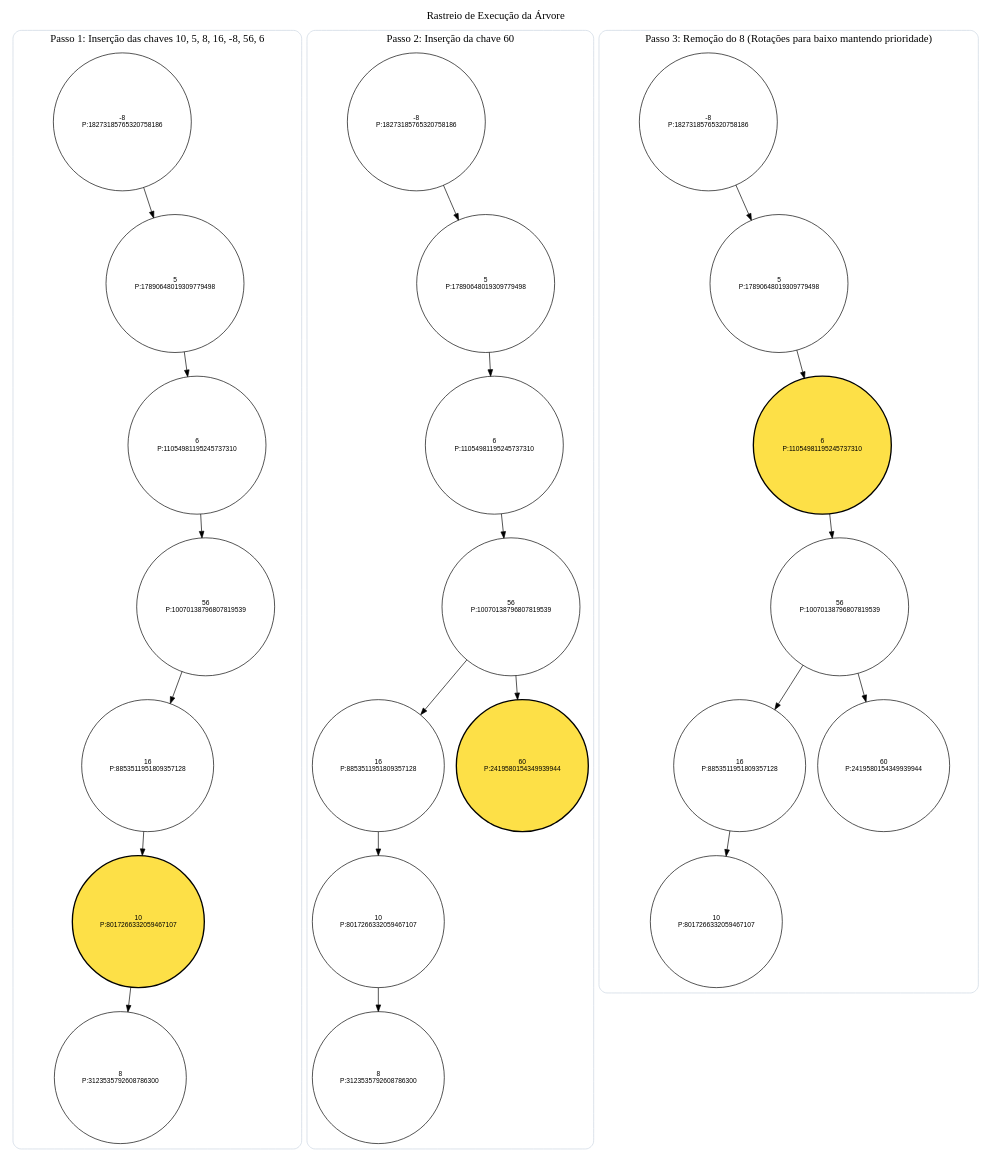
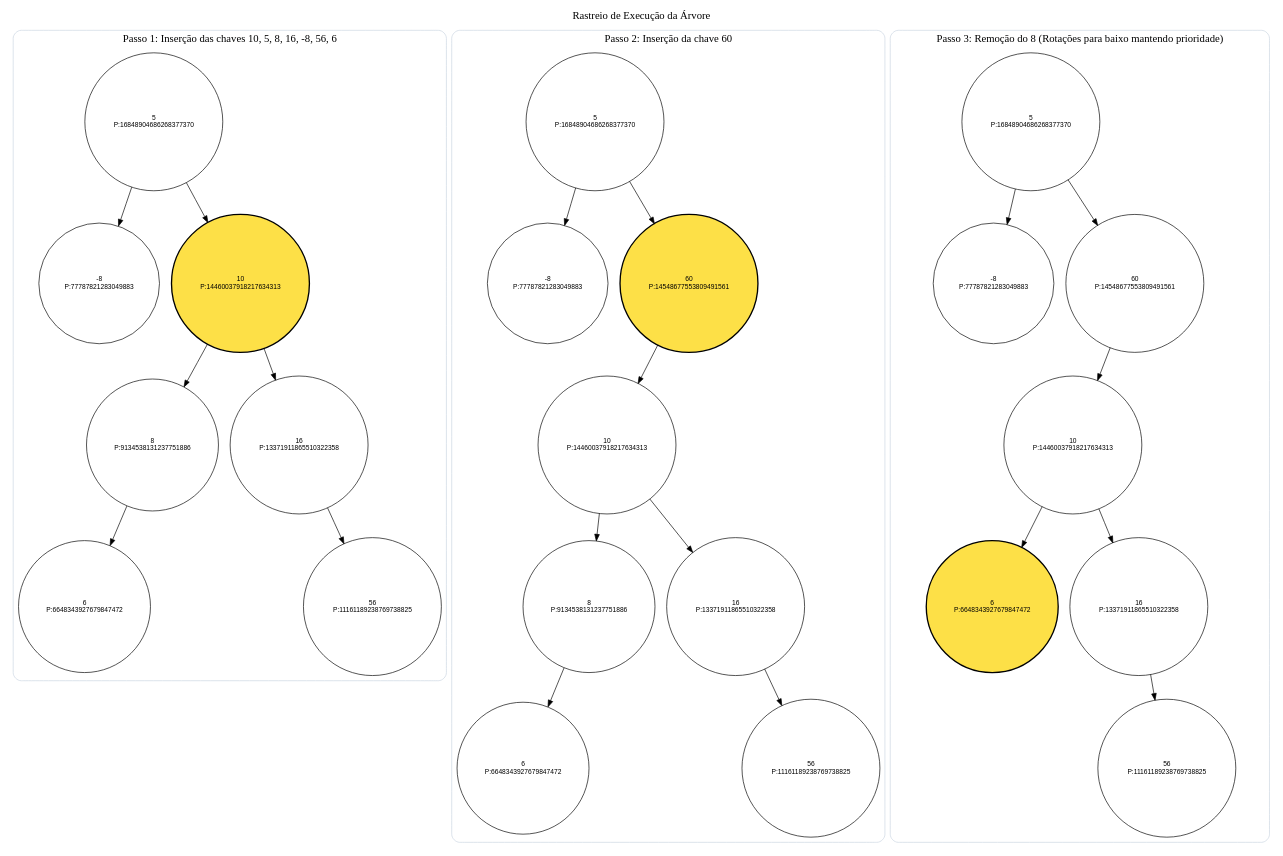
Before and after one commit to Ritaa-Marie/Trabalho-Arvores-AEDES2: the diagram in data/output/dot/rastreio_treap.dot, drawn with Graphviz. The commit also changed 20 other files, not shown here.

```diff
--- a/data/output/dot/rastreio_treap.dot
+++ b/data/output/dot/rastreio_treap.dot
@@ -1,95 +1,79 @@
 digraph RastreioArvore {
   rankdir=TB;
     graph [ordering="out"];
   label="Rastreio de Execução da Árvore";
   labelloc="t";
   fontsize=16;
   node [shape=circle, fontname="Helvetica", fontsize=10];
 
   subgraph cluster_passo_1 {
     label="Passo 1: Inserção das chaves 10, 5, 8, 16, -8, 56, 6";
     color="#cbd5e1"; style="rounded";
-    "-8_p1" [label="-8\nP:18273185765320758186"];
-    "null_l_-8_p1" [style=invis];
-    "-8_p1" -> "null_l_-8_p1" [style=invis];
-    "-8_p1" -> "5_p1";
-    "5_p1" [label="5\nP:17890648019309779498"];
-    "null_l_5_p1" [style=invis];
-    "5_p1" -> "null_l_5_p1" [style=invis];
-    "5_p1" -> "6_p1";
-    "6_p1" [label="6\nP:11054981195245737310"];
-    "null_l_6_p1" [style=invis];
-    "6_p1" -> "null_l_6_p1" [style=invis];
-    "6_p1" -> "56_p1";
-    "56_p1" [label="56\nP:10070138796807819539"];
-    "56_p1" -> "16_p1";
-    "16_p1" [label="16\nP:8853511951809357128"];
-    "16_p1" -> "10_p1";
-    "10_p1" [label="10\nP:8017266332059467107", style=filled, fillcolor="#fde047", penwidth=2.0];
+    "5_p1" [label="5\nP:16848904686268377370"];
+    "5_p1" -> "-8_p1";
+    "-8_p1" [label="-8\nP:77787821283049883"];
+    "5_p1" -> "10_p1";
+    "10_p1" [label="10\nP:14460037918217634313", style=filled, fillcolor="#fde047", penwidth=2.0];
     "10_p1" -> "8_p1";
-    "8_p1" [label="8\nP:3123535792608786300"];
-    "null_r_10_p1" [style=invis];
-    "10_p1" -> "null_r_10_p1" [style=invis];
-    "null_r_16_p1" [style=invis];
-    "16_p1" -> "null_r_16_p1" [style=invis];
-    "null_r_56_p1" [style=invis];
-    "56_p1" -> "null_r_56_p1" [style=invis];
+    "8_p1" [label="8\nP:9134538131237751886"];
+    "8_p1" -> "6_p1";
+    "6_p1" [label="6\nP:6648343927679847472"];
+    "null_r_8_p1" [style=invis];
+    "8_p1" -> "null_r_8_p1" [style=invis];
+    "10_p1" -> "16_p1";
+    "16_p1" [label="16\nP:13371911865510322358"];
+    "null_l_16_p1" [style=invis];
+    "16_p1" -> "null_l_16_p1" [style=invis];
+    "16_p1" -> "56_p1";
+    "56_p1" [label="56\nP:11161189238769738825"];
   }
 
   subgraph cluster_passo_2 {
     label="Passo 2: Inserção da chave 60";
     color="#cbd5e1"; style="rounded";
-    "-8_p2" [label="-8\nP:18273185765320758186"];
-    "null_l_-8_p2" [style=invis];
-    "-8_p2" -> "null_l_-8_p2" [style=invis];
-    "-8_p2" -> "5_p2";
-    "5_p2" [label="5\nP:17890648019309779498"];
-    "null_l_5_p2" [style=invis];
-    "5_p2" -> "null_l_5_p2" [style=invis];
-    "5_p2" -> "6_p2";
-    "6_p2" [label="6\nP:11054981195245737310"];
-    "null_l_6_p2" [style=invis];
-    "6_p2" -> "null_l_6_p2" [style=invis];
-    "6_p2" -> "56_p2";
-    "56_p2" [label="56\nP:10070138796807819539"];
-    "56_p2" -> "16_p2";
-    "16_p2" [label="16\nP:8853511951809357128"];
-    "16_p2" -> "10_p2";
-    "10_p2" [label="10\nP:8017266332059467107"];
+    "5_p2" [label="5\nP:16848904686268377370"];
+    "5_p2" -> "-8_p2";
+    "-8_p2" [label="-8\nP:77787821283049883"];
+    "5_p2" -> "60_p2";
+    "60_p2" [label="60\nP:14548677553809491561", style=filled, fillcolor="#fde047", penwidth=2.0];
+    "60_p2" -> "10_p2";
+    "10_p2" [label="10\nP:14460037918217634313"];
     "10_p2" -> "8_p2";
-    "8_p2" [label="8\nP:3123535792608786300"];
-    "null_r_10_p2" [style=invis];
-    "10_p2" -> "null_r_10_p2" [style=invis];
-    "null_r_16_p2" [style=invis];
-    "16_p2" -> "null_r_16_p2" [style=invis];
-    "56_p2" -> "60_p2";
-    "60_p2" [label="60\nP:2419580154349939944", style=filled, fillcolor="#fde047", penwidth=2.0];
+    "8_p2" [label="8\nP:9134538131237751886"];
+    "8_p2" -> "6_p2";
+    "6_p2" [label="6\nP:6648343927679847472"];
+    "null_r_8_p2" [style=invis];
+    "8_p2" -> "null_r_8_p2" [style=invis];
+    "10_p2" -> "16_p2";
+    "16_p2" [label="16\nP:13371911865510322358"];
+    "null_l_16_p2" [style=invis];
+    "16_p2" -> "null_l_16_p2" [style=invis];
+    "16_p2" -> "56_p2";
+    "56_p2" [label="56\nP:11161189238769738825"];
+    "null_r_60_p2" [style=invis];
+    "60_p2" -> "null_r_60_p2" [style=invis];
   }
 
   subgraph cluster_passo_3 {
     label="Passo 3: Remoção do 8 (Rotações para baixo mantendo prioridade)";
     color="#cbd5e1"; style="rounded";
-    "-8_p3" [label="-8\nP:18273185765320758186"];
-    "null_l_-8_p3" [style=invis];
-    "-8_p3" -> "null_l_-8_p3" [style=invis];
-    "-8_p3" -> "5_p3";
-    "5_p3" [label="5\nP:17890648019309779498"];
-    "null_l_5_p3" [style=invis];
-    "5_p3" -> "null_l_5_p3" [style=invis];
-    "5_p3" -> "6_p3";
-    "6_p3" [label="6\nP:11054981195245737310", style=filled, fillcolor="#fde047", penwidth=2.0];
-    "null_l_6_p3" [style=invis];
-    "6_p3" -> "null_l_6_p3" [style=invis];
-    "6_p3" -> "56_p3";
-    "56_p3" [label="56\nP:10070138796807819539"];
-    "56_p3" -> "16_p3";
-    "16_p3" [label="16\nP:8853511951809357128"];
-    "16_p3" -> "10_p3";
-    "10_p3" [label="10\nP:8017266332059467107"];
-    "null_r_16_p3" [style=invis];
-    "16_p3" -> "null_r_16_p3" [style=invis];
-    "56_p3" -> "60_p3";
-    "60_p3" [label="60\nP:2419580154349939944"];
+    "5_p3" [label="5\nP:16848904686268377370"];
+    "5_p3" -> "-8_p3";
+    "-8_p3" [label="-8\nP:77787821283049883"];
+    "5_p3" -> "60_p3";
+    "60_p3" [label="60\nP:14548677553809491561"];
+    "60_p3" -> "10_p3";
+    "10_p3" [label="10\nP:14460037918217634313"];
+    "10_p3" -> "6_p3";
+    "6_p3" [label="6\nP:6648343927679847472", style=filled, fillcolor="#fde047", penwidth=2.0];
+    "10_p3" -> "16_p3";
+    "16_p3" [label="16\nP:13371911865510322358"];
+    "null_l_16_p3" [style=invis];
+    "16_p3" -> "null_l_16_p3" [style=invis];
+    "16_p3" -> "56_p3";
+    "56_p3" [label="56\nP:11161189238769738825"];
+    "null_r_60_p3" [style=invis];
+    "60_p3" -> "null_r_60_p3" [style=invis];
   }
 
 }
```
